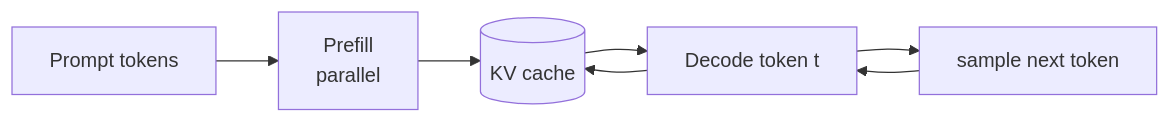
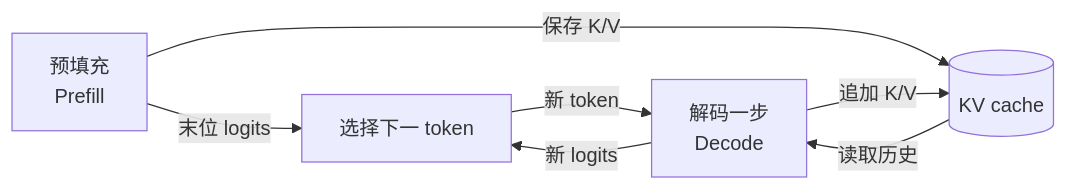
The diagram in 00-foundations/core/decoder-only.md (tianyi-zhang-02/cooking-agi), drawn with Mermaid before and after one commit. The commit also changed other lines of this file and 200 other files, not shown here.

First line of the commit message:
Consolidate bilingual reading flow and worked learning examples

````diff
--- a/00-foundations/core/decoder-only.md
+++ b/00-foundations/core/decoder-only.md
@@ -657,9 +839,9 @@
 ```mermaid
 flowchart LR
-    P["Prompt tokens"] --> F["Prefill<br/>parallel"]
-    F --> K[("KV cache")]
-    K --> D1["Decode token t"]
-    D1 --> K
-    D1 --> D2["sample next token"]
-    D2 --> D1
+    F["预填充<br/>Prefill"] -->|末位 logits| S["选择下一 token"]
+    S -->|新 token| D["解码一步<br/>Decode"]
+    D -->|新 logits| S
+    F -->|保存 K/V| K[("KV cache")]
+    K -->|读取历史| D
+    D -->|追加 K/V| K
 ```
````
